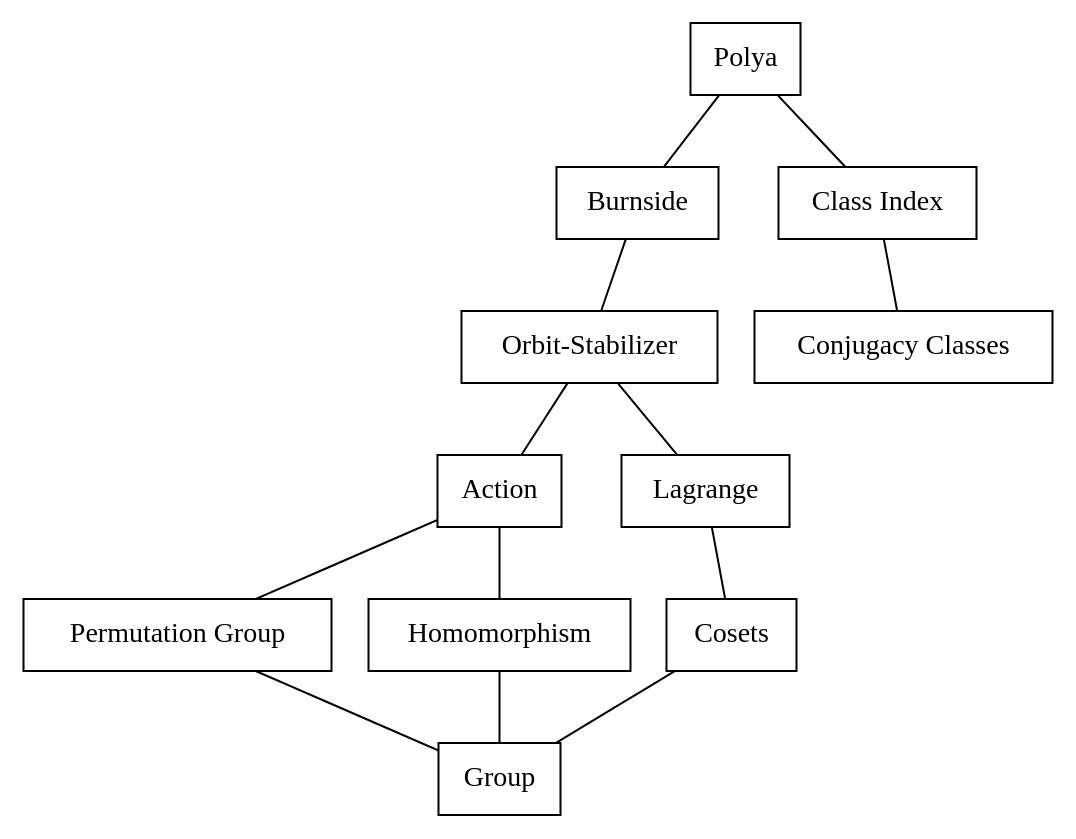
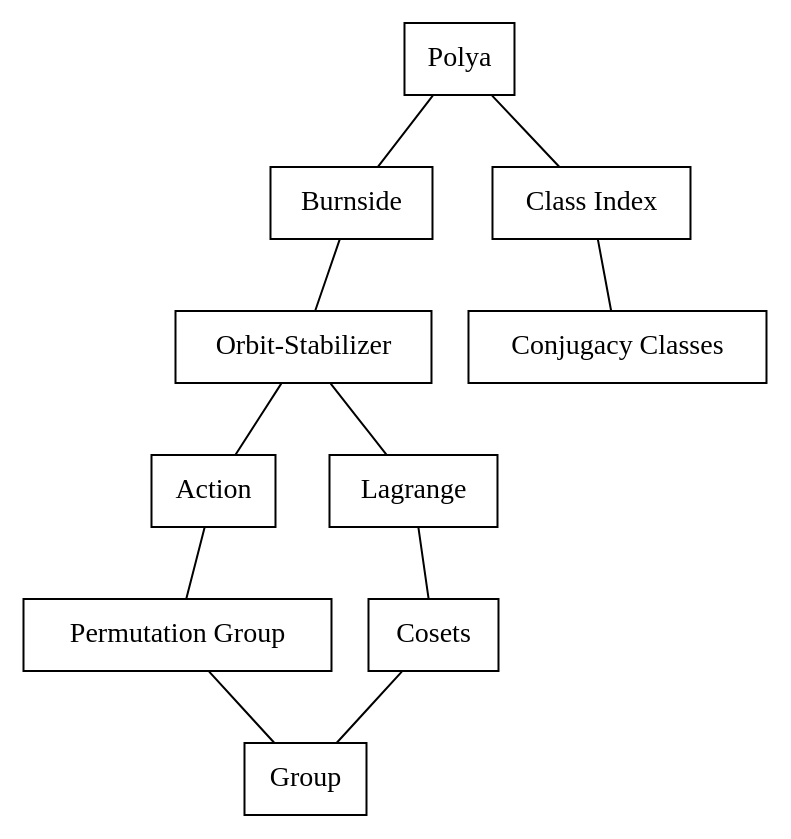
The diagram in graphviz/polya.gv (fifth-postulate/group-theory-with-gap), drawn with Graphviz before and after one commit.

Commit message:
Remove Homomorphism from dependency

```diff
--- a/graphviz/polya.gv
+++ b/graphviz/polya.gv
@@ -1,23 +1,21 @@
 strict graph {
   node [ shape = rectangle]
   1 [ label = "Polya" ]
   2 [ label = "Burnside" ]
   3 [ label = "Class Index" ]
   4 [ label = "Orbit-Stabilizer" ]
   5 [ label = "Action" ]
   6 [ label = "Permutation Group" ]
-  7 [ label = "Homomorphism" ]
   8 [ label = "Group" ]
   9 [ label = "Conjugacy Classes" ]
   10 [ label = "Lagrange" ]
   11 [ label = "Cosets" ]
   1 -- { 2 3 }
   2 -- { 4 }
   3 -- { 9 }
   4 -- { 5, 10 }
-  5 -- { 6, 7 }
+  5 -- { 6 }
   6 -- { 8 }
-  7 -- { 8 }
   10 -- { 11 }
   11 -- { 8 }
 }
```
